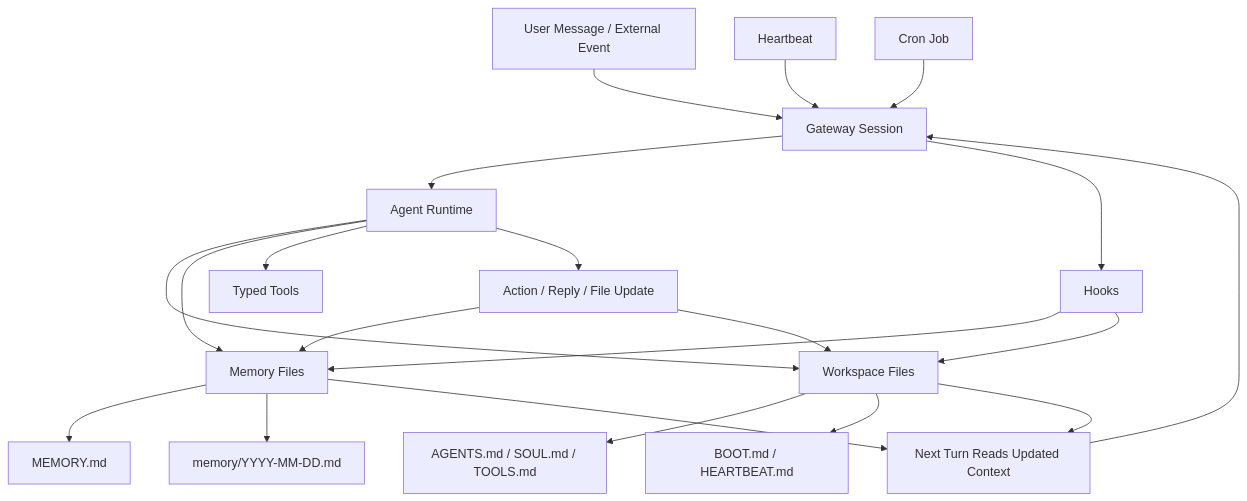
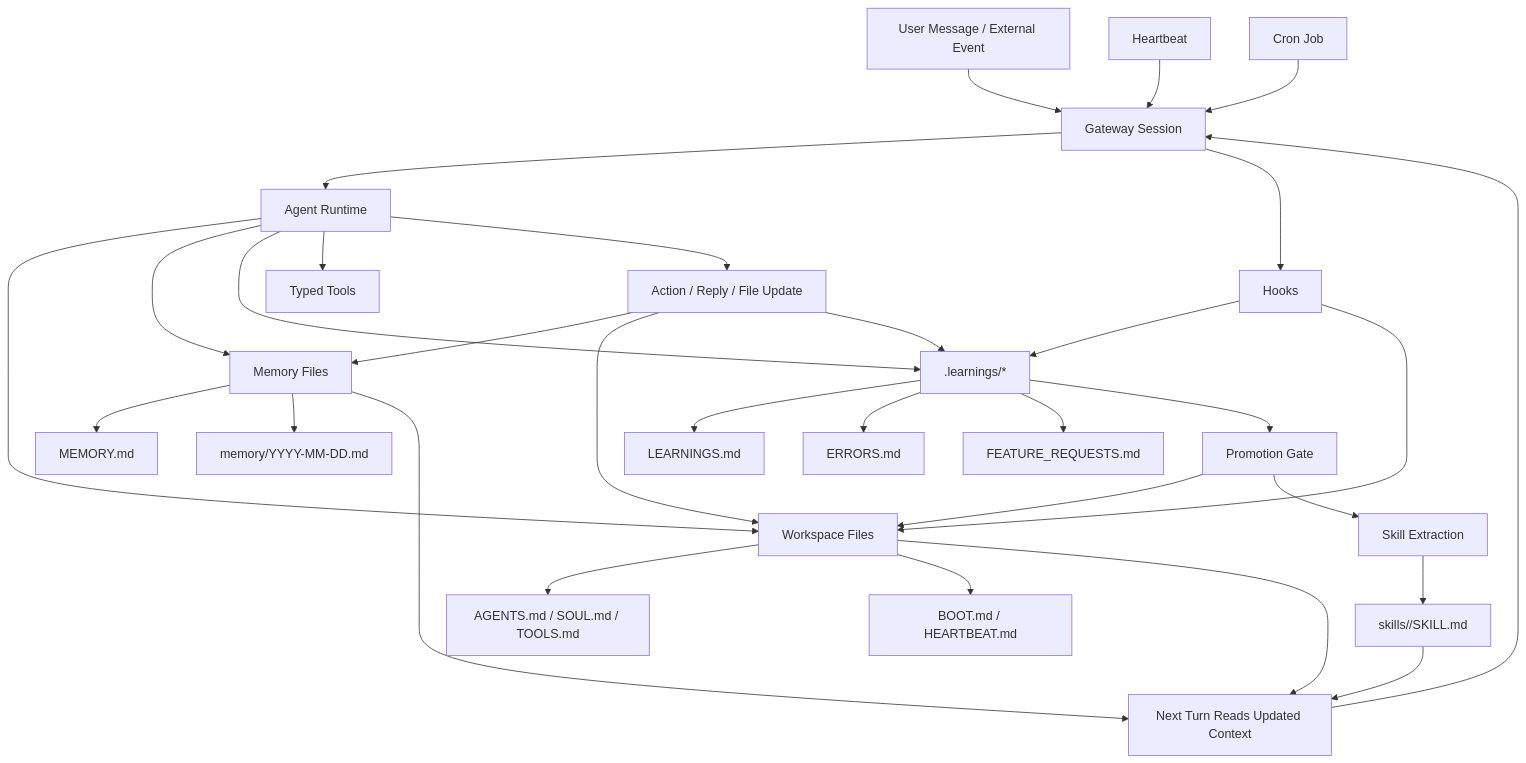
The diagram in 01-Areas/AI-Learning/07-Maps/OpenClaw 准自进化工作流图.md (superliyang/tony-2026), drawn with Mermaid before and after one commit. The commit also changed other lines of this file and 22 other files, not shown here.

Commit message:
Deepen self-improving memory and skill extraction study

````diff
--- a/01-Areas/AI-Learning/07-Maps/OpenClaw 准自进化工作流图.md
+++ b/01-Areas/AI-Learning/07-Maps/OpenClaw 准自进化工作流图.md
@@ -16,28 +16,39 @@
 ```mermaid
 flowchart TD
   A["User Message / External Event"] --> B["Gateway Session"]
   H["Heartbeat"] --> B
   I["Cron Job"] --> B
 
   B --> C["Agent Runtime"]
   C --> D["Workspace Files"]
   C --> E["Memory Files"]
+  C --> L[".learnings/*"]
   C --> F["Typed Tools"]
 
   D --> D1["AGENTS.md / SOUL.md / TOOLS.md"]
   D --> D2["BOOT.md / HEARTBEAT.md"]
   E --> E1["MEMORY.md"]
   E --> E2["memory/YYYY-MM-DD.md"]
+  L --> L1["LEARNINGS.md"]
+  L --> L2["ERRORS.md"]
+  L --> L3["FEATURE_REQUESTS.md"]
 
   C --> G["Action / Reply / File Update"]
   G --> E
   G --> D
+  G --> L
 
-  J["Hooks"] --> E
+  J["Hooks"] --> L
   J --> D
   B --> J
 
+  L --> P["Promotion Gate"]
+  P --> D
+  P --> S["Skill Extraction"]
+  S --> SK["skills/<name>/SKILL.md"]
+
   D --> K["Next Turn Reads Updated Context"]
   E --> K
+  SK --> K
   K --> B
 ```
````
